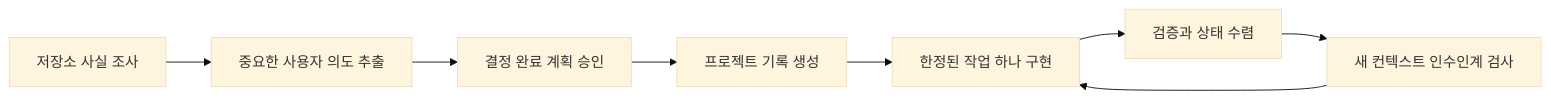
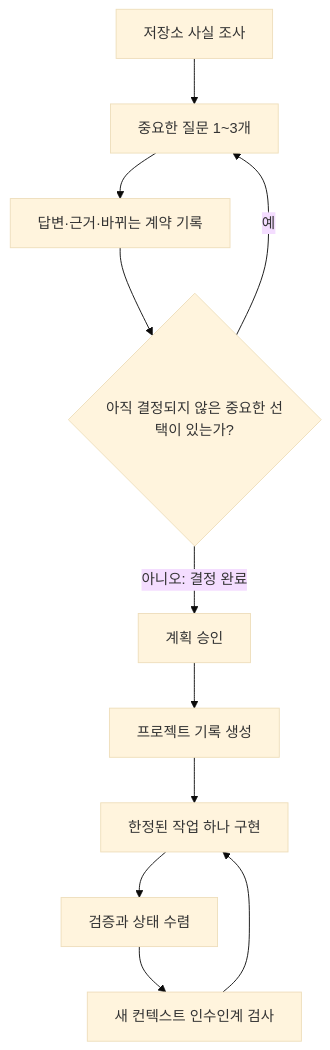
One commit to seolbbb/manage-project-intent changed the diagram in README.ko.md. Above: the diagram before and after it, drawn with Mermaid (base theme). The commit also changed other lines of this file and 15 other files, not shown here.

````diff
--- a/README.ko.md
+++ b/README.ko.md
@@ -43,10 +56,13 @@
 ```mermaid
-flowchart LR
-    A["저장소 사실 조사"] --> B["중요한 사용자 의도 추출"]
-    B --> C["결정 완료 계획 승인"]
-    C --> D["프로젝트 기록 생성"]
-    D --> E["한정된 작업 하나 구현"]
-    E --> F["검증과 상태 수렴"]
-    F --> G["새 컨텍스트 인수인계 검사"]
-    G --> E
+flowchart TD
+    A["저장소 사실 조사"] --> B["중요한 질문 1~3개"]
+    B --> C["답변·근거·바뀌는 계약 기록"]
+    C --> D{"아직 결정되지 않은 중요한 선택이 있는가?"}
+    D -- "예" --> B
+    D -- "아니오: 결정 완료" --> E["계획 승인"]
+    E --> F["프로젝트 기록 생성"]
+    F --> G["한정된 작업 하나 구현"]
+    G --> H["검증과 상태 수렴"]
+    H --> I["새 컨텍스트 인수인계 검사"]
+    I --> G
 ```
````
